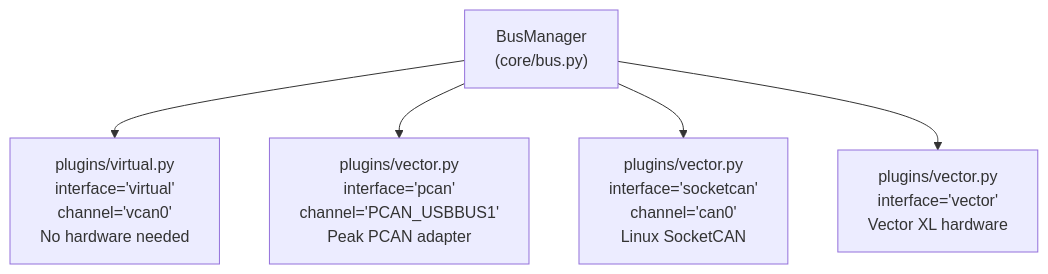
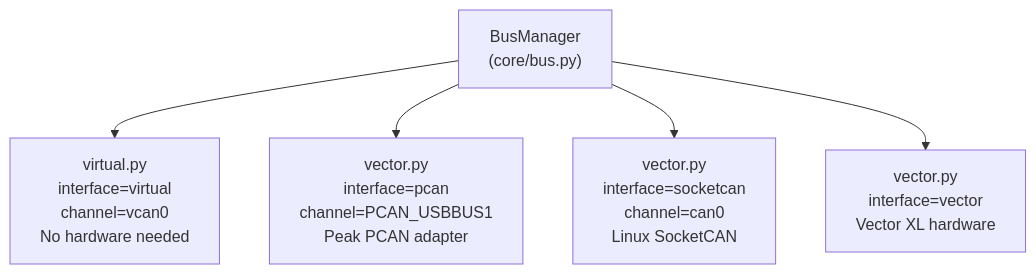
Before and after one commit to PriyanshuKSharma/AutoTestStudio: the tenth of 18 diagrams in README.md, drawn with Mermaid. The commit also changed other lines of this file and 1 other file, not shown here.

Commit message:
style: replace emojis with professional Unicode symbols in sidebar nav and README diagrams

````diff
--- a/README.md
+++ b/README.md
@@ -304,8 +304,8 @@
 ```mermaid
 graph TD
     BM["BusManager\n(core/bus.py)"]
-    BM --> VIRT["plugins/virtual.py\ninterface='virtual'\nchannel='vcan0'\nNo hardware needed"]
-    BM --> PCAN["plugins/vector.py\ninterface='pcan'\nchannel='PCAN_USBBUS1'\nPeak PCAN adapter"]
-    BM --> SOCK["plugins/vector.py\ninterface='socketcan'\nchannel='can0'\nLinux SocketCAN"]
-    BM --> VEC["plugins/vector.py\ninterface='vector'\nVector XL hardware"]
+    BM --> VIRT["virtual.py\ninterface=virtual\nchannel=vcan0\nNo hardware needed"]
+    BM --> PCAN["vector.py\ninterface=pcan\nchannel=PCAN_USBBUS1\nPeak PCAN adapter"]
+    BM --> SOCK["vector.py\ninterface=socketcan\nchannel=can0\nLinux SocketCAN"]
+    BM --> VEC["vector.py\ninterface=vector\nVector XL hardware"]
 ```
````
